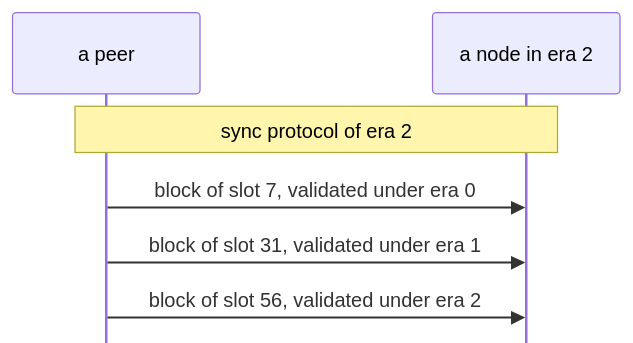
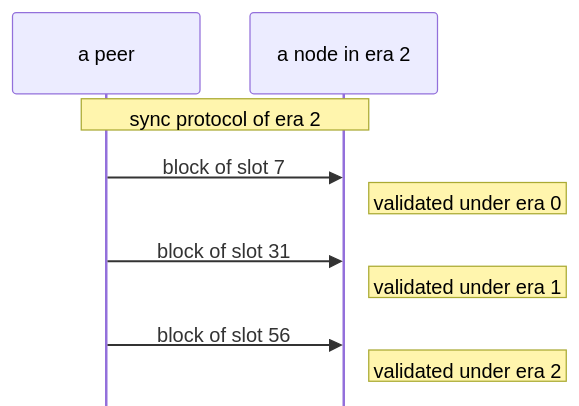
One commit to logos-co/logos-lips changed the second of 7 diagrams in docs/blockchain/raw/bedrock-eras.md. Above: the diagram before and after it, drawn with Mermaid.

Commit message:
docs(blockchain): restore the sync example's notes at a smaller scale

````diff
--- a/docs/blockchain/raw/bedrock-eras.md
+++ b/docs/blockchain/raw/bedrock-eras.md
@@ -72,15 +72,23 @@
 ```mermaid
 ---
 config:
+  themeVariables:
+    fontSize: 13px
   sequence:
     mirrorActors: false
     messageMargin: 20
+    boxMargin: 4
+    noteMargin: 4
+    actorMargin: 40
 ---
 sequenceDiagram
     participant P as a peer
     participant N as a node in era 2
     Note over P,N: sync protocol of era 2
-    P->>N: block of slot 7, validated under era 0
-    P->>N: block of slot 31, validated under era 1
-    P->>N: block of slot 56, validated under era 2
+    P->>N: block of slot 7
+    Note right of N: validated under era 0
+    P->>N: block of slot 31
+    Note right of N: validated under era 1
+    P->>N: block of slot 56
+    Note right of N: validated under era 2
 ```
````
